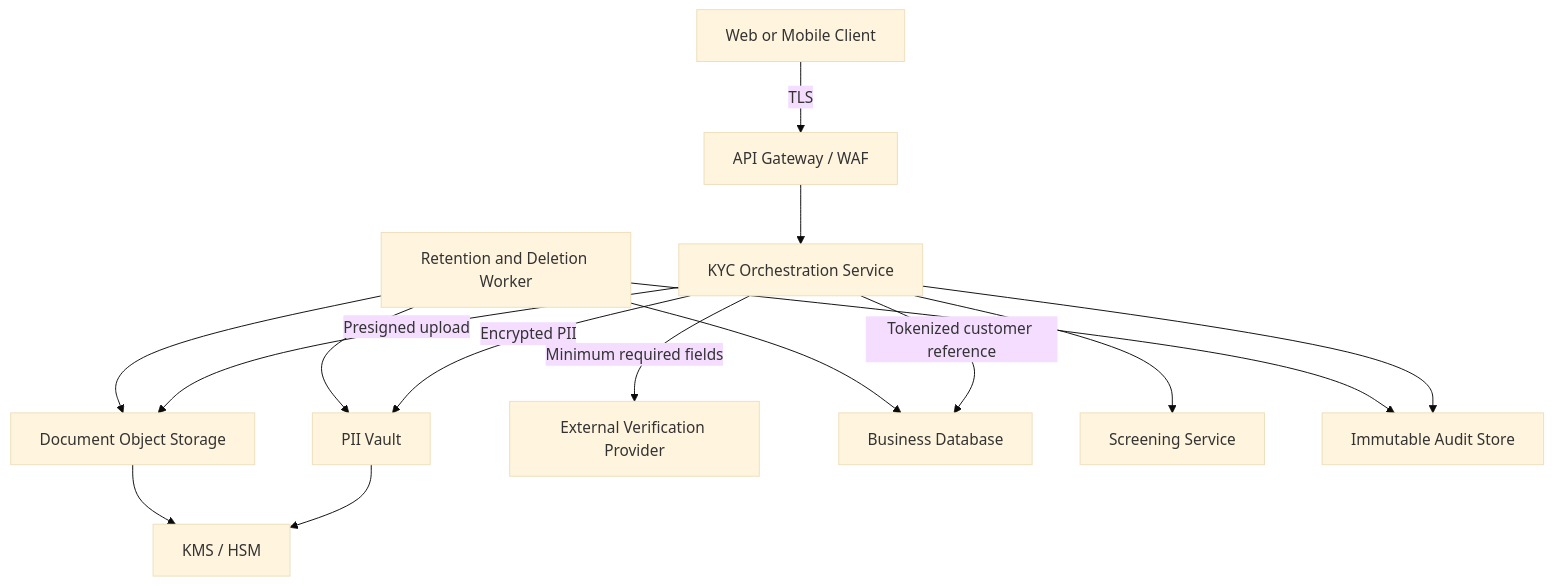
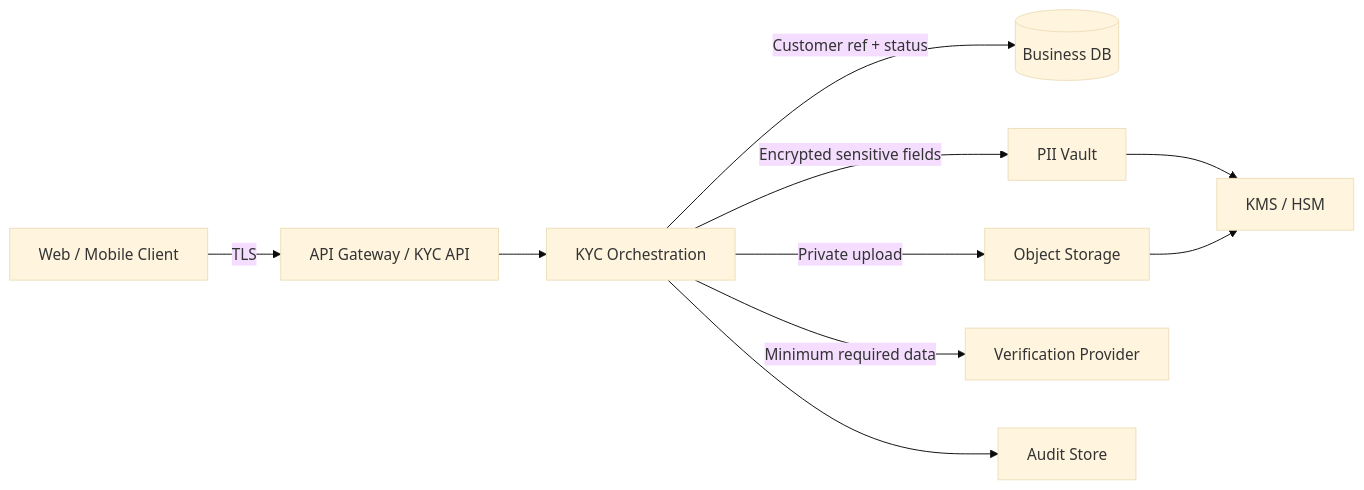
One commit to AvadhBhalodiya/Interview-Preparation changed the first of 6 diagrams in src/content/security/pii-kyc-data-handling.md. Above: the diagram before and after it, drawn with Mermaid (base theme). The commit also changed other lines of this file and 54 other files, not shown here.

````diff
--- a/src/content/security/pii-kyc-data-handling.md
+++ b/src/content/security/pii-kyc-data-handling.md
@@ -22,29 +23,12 @@
 ```mermaid
-flowchart TB
-    U[Web or Mobile Client]
-    G[API Gateway / WAF]
-    O[KYC Orchestration Service]
-    P[PII Vault]
-    D[Document Object Storage]
-    V[External Verification Provider]
-    B[Business Database]
-    S[Screening Service]
-    A[Immutable Audit Store]
-    R[Retention and Deletion Worker]
-    K[KMS / HSM]
-
-    U -->|TLS| G
-    G --> O
-    O -->|Tokenized customer reference| B
-    O -->|Encrypted PII| P
-    O -->|Presigned upload| D
-    O -->|Minimum required fields| V
-    O --> S
-    O --> A
-    P --> K
-    D --> K
-    R --> P
-    R --> D
-    R --> B
-    R --> A
+flowchart LR
+    U[Web / Mobile Client] -->|TLS| API[API Gateway / KYC API]
+    API --> KYC[KYC Orchestration]
+    KYC -->|Customer ref + status| B[(Business DB)]
+    KYC -->|Encrypted sensitive fields| P[PII Vault]
+    KYC -->|Private upload| O[Object Storage]
+    KYC -->|Minimum required data| V[Verification Provider]
+    KYC --> A[Audit Store]
+    P --> K[KMS / HSM]
+    O --> K
 ```
````
